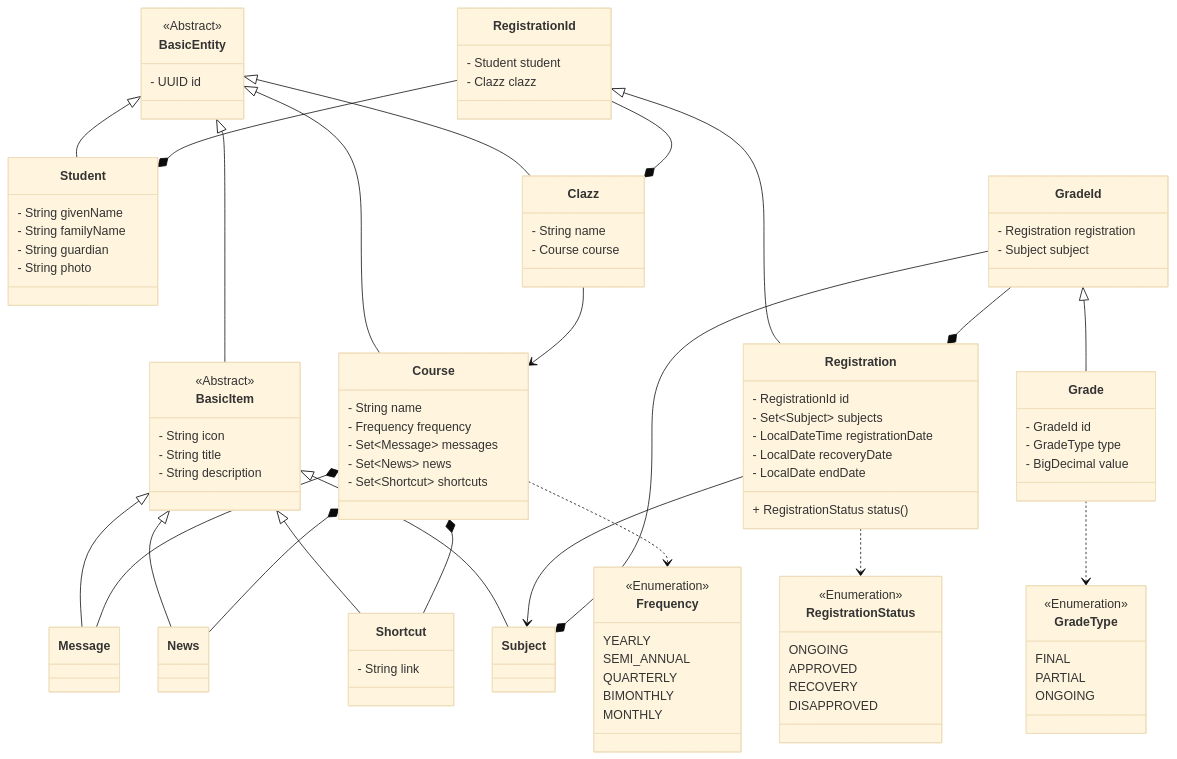
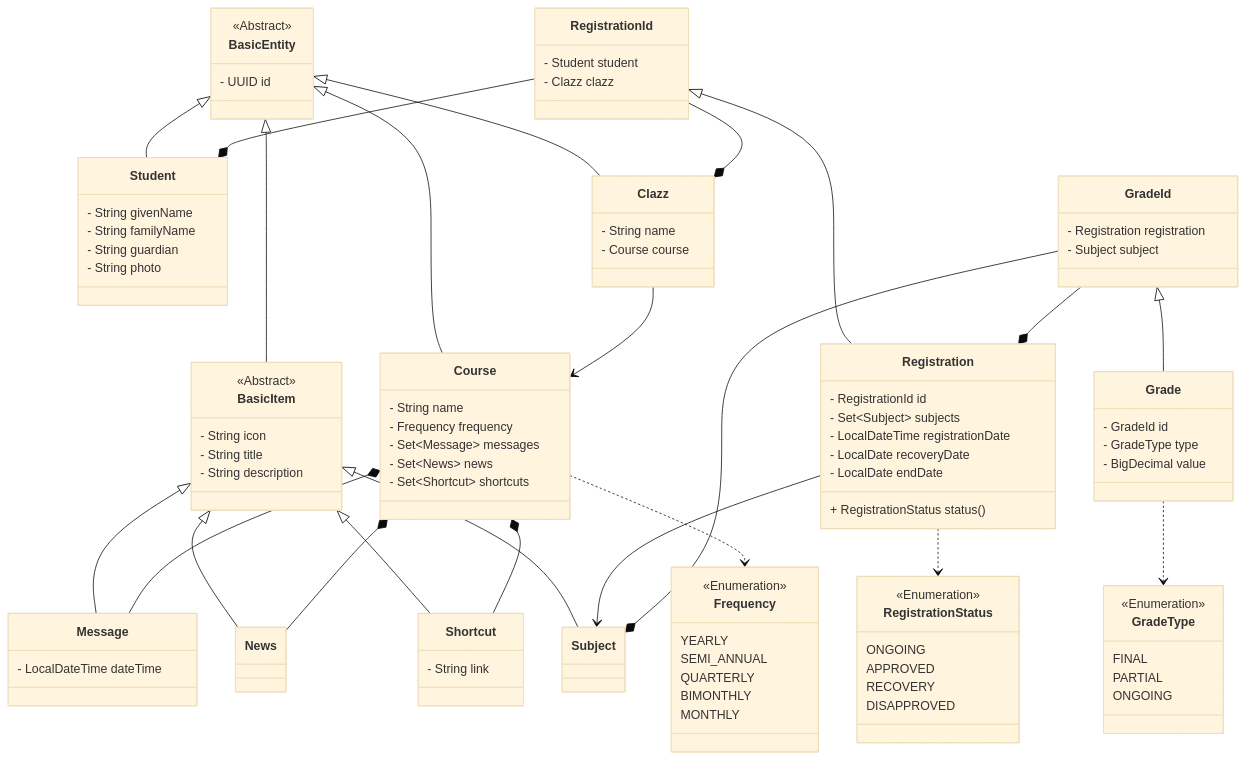
One commit to didifive/ess-api changed the second of 2 diagrams in README.md. Above: the diagram before and after it, drawn with Mermaid (base theme). The commit also changed 87 other files, not shown here.

```diff
--- a/README.md
+++ b/README.md
@@ -223,6 +223,7 @@
     }
 
     class Message {
+        - LocalDateTime dateTime
     }
 
     class GradeId {
```
